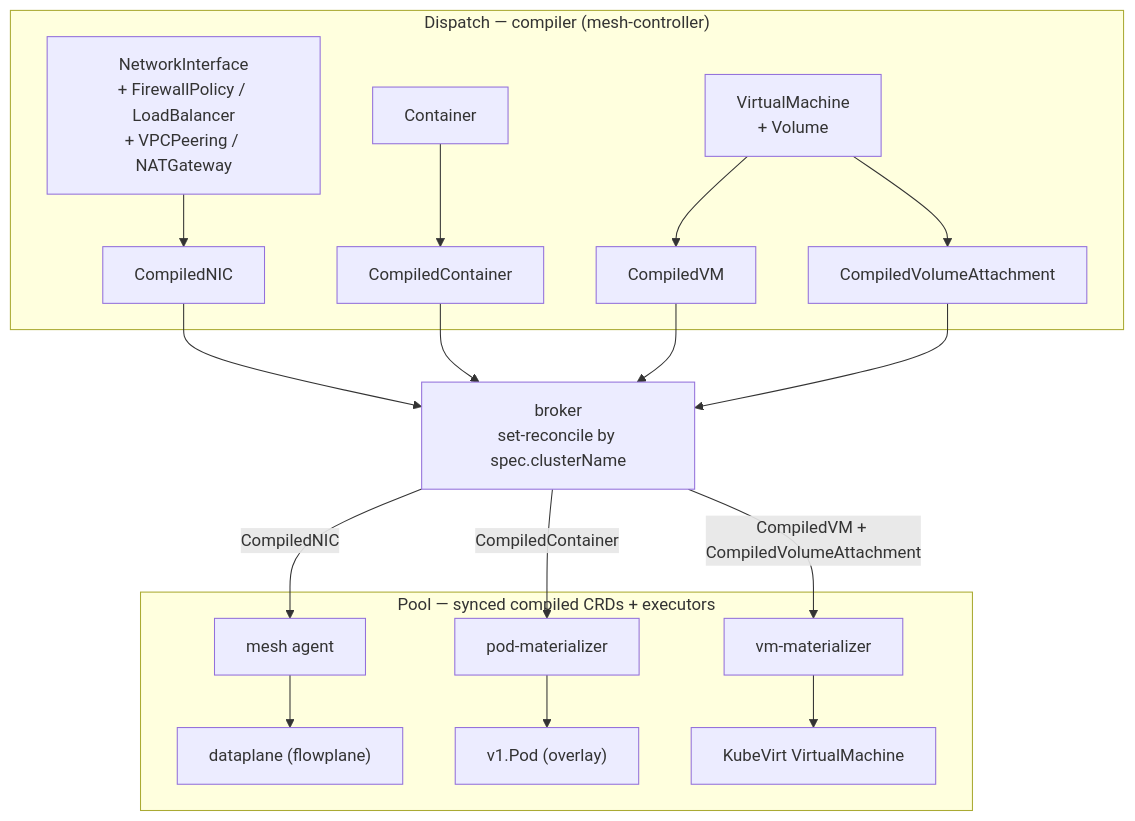
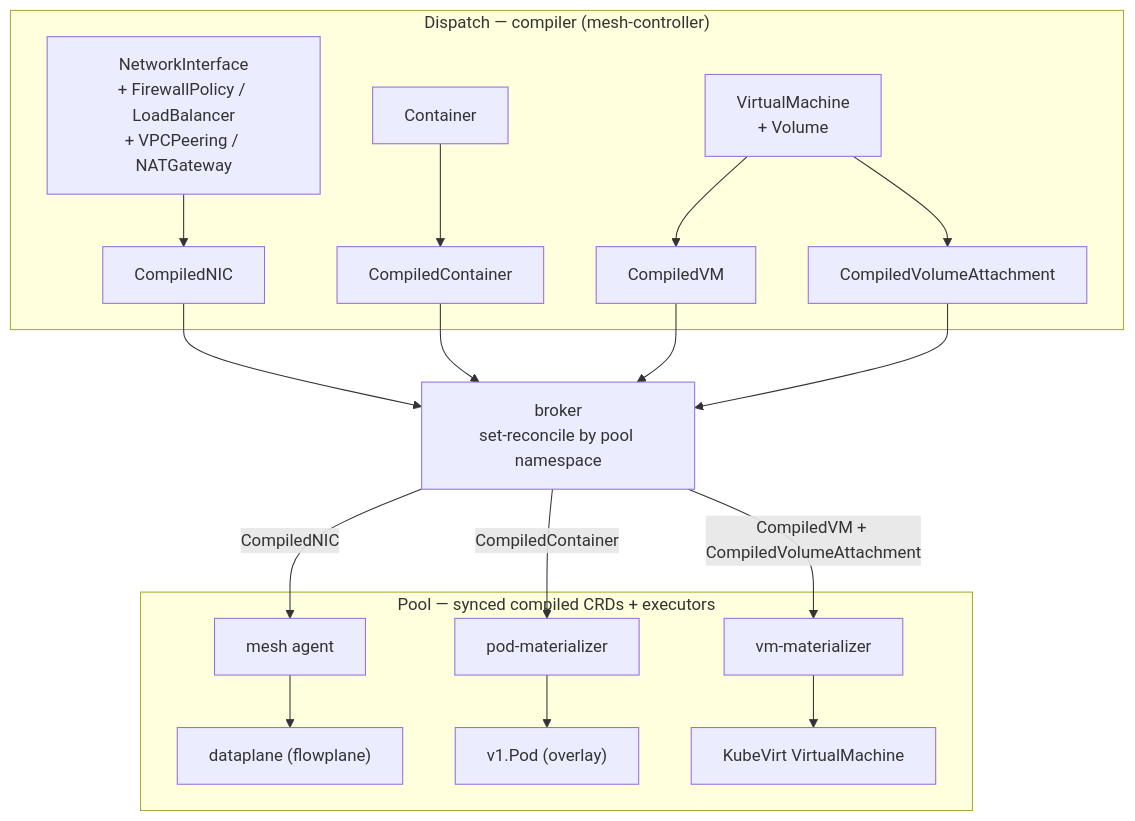
One commit to trevex/ectobase changed the diagram in docs/architecture/compile-sync-materialize.md. Above: the diagram before and after it, drawn with Mermaid. The commit also changed other lines of this file and 29 other files, not shown here.

````diff
--- a/docs/architecture/compile-sync-materialize.md
+++ b/docs/architecture/compile-sync-materialize.md
@@ -168,38 +192,38 @@
 ```mermaid
 flowchart TB
     subgraph hubbox["Dispatch — compiler (mesh-controller)"]
         nic["NetworkInterface<br/>+ FirewallPolicy / LoadBalancer<br/>+ VPCPeering / NATGateway"]
         ctr["Container"]
         vm["VirtualMachine<br/>+ Volume"]
         cnic["CompiledNIC"]
         ccont["CompiledContainer"]
         cvm["CompiledVM"]
         catt["CompiledVolumeAttachment"]
         nic --> cnic
         ctr --> ccont
         vm --> cvm
         vm --> catt
     end
 
-    broker["broker<br/>set-reconcile by spec.clusterName"]
+    broker["broker<br/>set-reconcile by pool namespace"]
     cnic --> broker
     ccont --> broker
     cvm --> broker
     catt --> broker
 
     subgraph poolbox["Pool — synced compiled CRDs + executors"]
         agent["mesh agent"]
         dp["dataplane (flowplane)"]
         podmat["pod-materializer"]
         vmmat["vm-materializer"]
         pod["v1.Pod (overlay)"]
         kvm["KubeVirt VirtualMachine"]
         agent --> dp
         podmat --> pod
         vmmat --> kvm
     end
 
     broker -->|CompiledNIC| agent
     broker -->|CompiledContainer| podmat
     broker -->|"CompiledVM + CompiledVolumeAttachment"| vmmat
 ```
````
